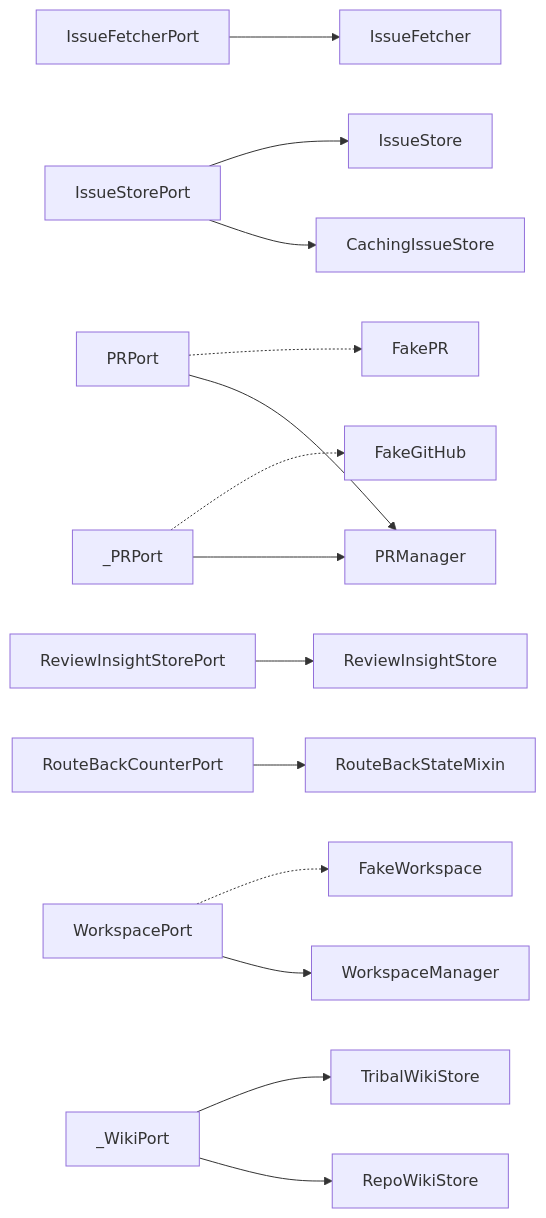
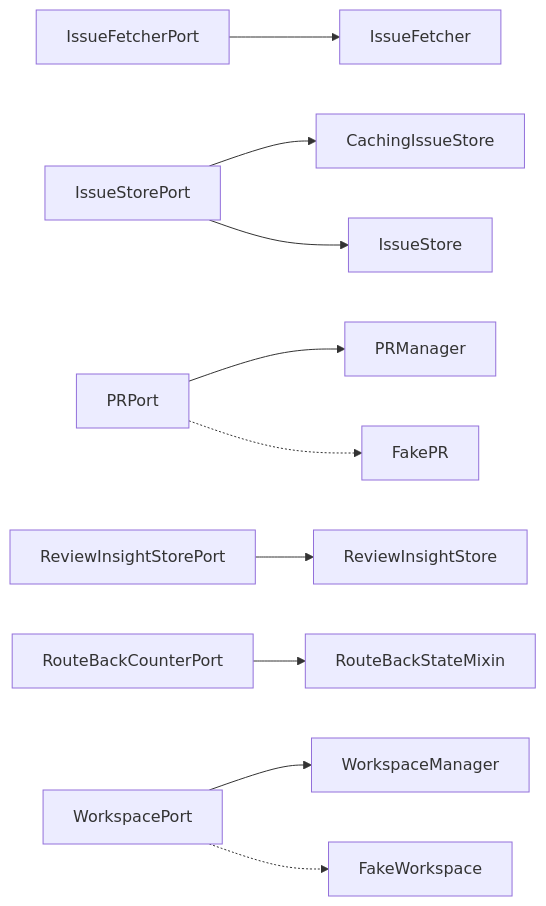
The diagram in docs/arch/generated/ports.md (T-rav/hyrdaflow), drawn with Mermaid before and after one commit. The commit also changed other lines of this file and 9 other files, not shown here.

Commit message:
chore(arch): re-emit baseline (correct ports.md without _PRPort/_WikiPort)

````diff
--- a/docs/arch/generated/ports.md
+++ b/docs/arch/generated/ports.md
@@ -7,16 +7,12 @@
 ```mermaid
 graph LR
     IssueFetcherPort --> IssueFetcher
     IssueStorePort --> CachingIssueStore
     IssueStorePort --> IssueStore
     PRPort --> PRManager
     PRPort -.-> FakePR
     ReviewInsightStorePort --> ReviewInsightStore
     RouteBackCounterPort --> RouteBackStateMixin
     WorkspacePort --> WorkspaceManager
     WorkspacePort -.-> FakeWorkspace
-    _PRPort --> PRManager
-    _PRPort -.-> FakeGitHub
-    _WikiPort --> RepoWikiStore
-    _WikiPort --> TribalWikiStore
 ```
````
